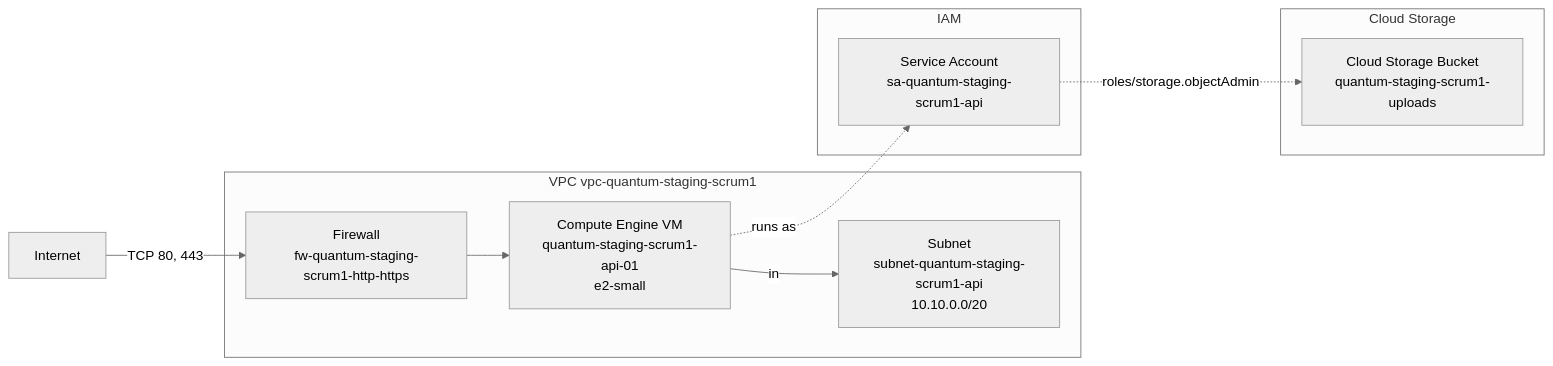
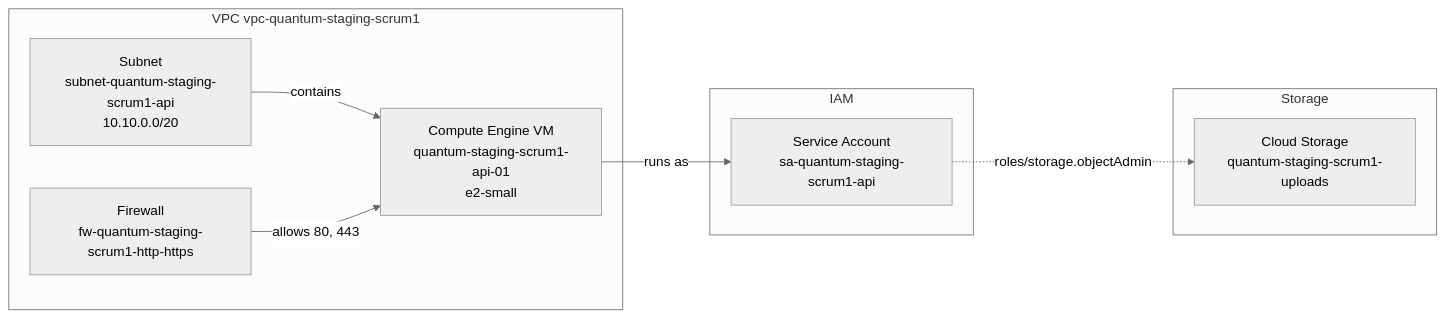
One commit to manubabugenai/neo-terraform-output changed the diagram in stacks/scrum-1/architecture.mmd. Above: the diagram before and after it, drawn with Mermaid (neutral theme).

Commit message:
Add architecture diagram for scrum-1

```diff
--- a/stacks/scrum-1/architecture.mmd
+++ b/stacks/scrum-1/architecture.mmd
@@ -1,22 +1,19 @@
 flowchart LR
-    Internet[Internet]
-
     subgraph VPC["VPC vpc-quantum-staging-scrum1"]
         Subnet["Subnet<br/>subnet-quantum-staging-scrum1-api<br/>10.10.0.0/20"]
+        VM["Compute Engine VM<br/>quantum-staging-scrum1-api-01<br/>e2-small"]
         Firewall["Firewall<br/>fw-quantum-staging-scrum1-http-https"]
-        VM["Compute Engine VM<br/>quantum-staging-scrum1-api-01<br/>e2-small"]
-        VM -- "in" --> Subnet
+        Subnet -- "contains" --> VM
+        Firewall -- "allows 80, 443" --> VM
     end
 
-    subgraph Storage["Cloud Storage"]
-        Bucket["Cloud Storage Bucket<br/>quantum-staging-scrum1-uploads"]
+    subgraph Storage
+        Bucket["Cloud Storage<br/>quantum-staging-scrum1-uploads"]
     end
 
-    subgraph IAM["IAM"]
-        SA["Service Account<br/>sa-quantum-staging-scrum1-api"]
+    subgraph IAM
+        ServiceAccount["Service Account<br/>sa-quantum-staging-scrum1-api"]
     end
 
-    Internet -->|"TCP 80, 443"| Firewall
-    Firewall --> VM
-    VM -.->|"runs as"| SA
-    SA -.->|"roles/storage.objectAdmin"| Bucket
+    VM -- "runs as" --> ServiceAccount
+    ServiceAccount -.->|"roles/storage.objectAdmin"| Bucket
```
